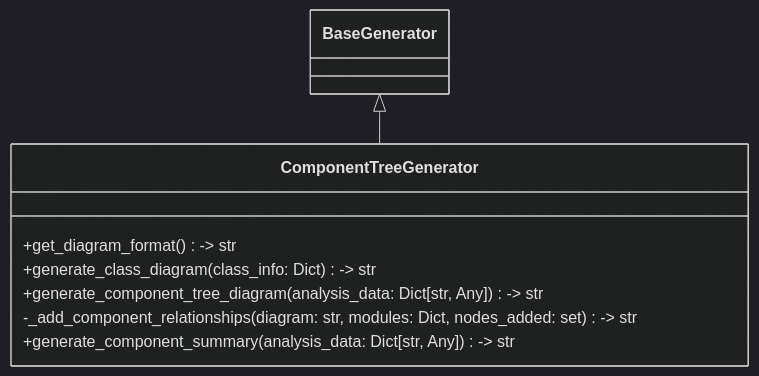
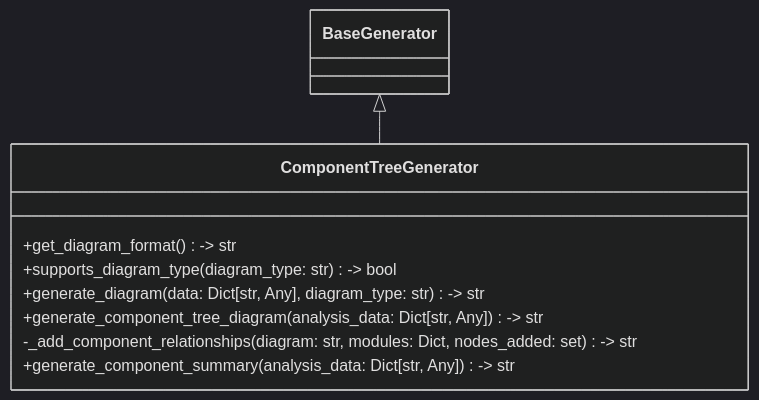
One commit to Brunvelop/autocode changed the diagram in design/autocode/core/design/generators/component_tree_generator_class.md. Above: the diagram before and after it, drawn with Mermaid (dark theme). The commit also changed other lines of this file and 11 other files, not shown here.

First line of the commit message:
feat: add Code-to-Design system with diagram generation

````diff
--- a/design/autocode/core/design/generators/component_tree_generator_class.md
+++ b/design/autocode/core/design/generators/component_tree_generator_class.md
@@ -9,12 +9,13 @@
 ```mermaid
 classDiagram
     class ComponentTreeGenerator {
         +get_diagram_format() -> str
-        +generate_class_diagram(class_info: Dict) -> str
+        +supports_diagram_type(diagram_type: str) -> bool
+        +generate_diagram(data: Dict[str, Any], diagram_type: str) -> str
         +generate_component_tree_diagram(analysis_data: Dict[str, Any]) -> str
         -_add_component_relationships(diagram: str, modules: Dict, nodes_added: set) -> str
         +generate_component_summary(analysis_data: Dict[str, Any]) -> str
     }
     BaseGenerator <|-- ComponentTreeGenerator
 
 ```
````
